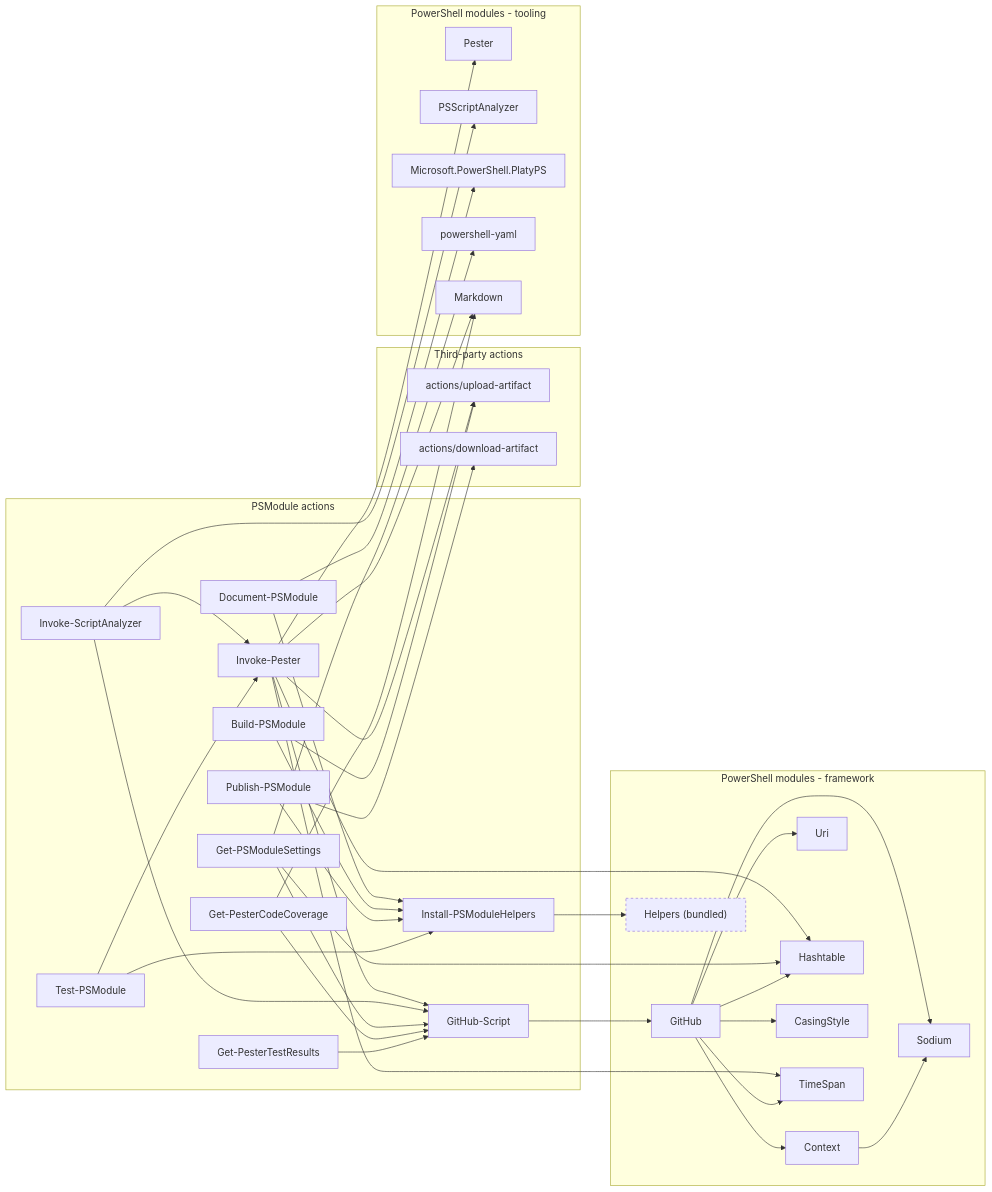
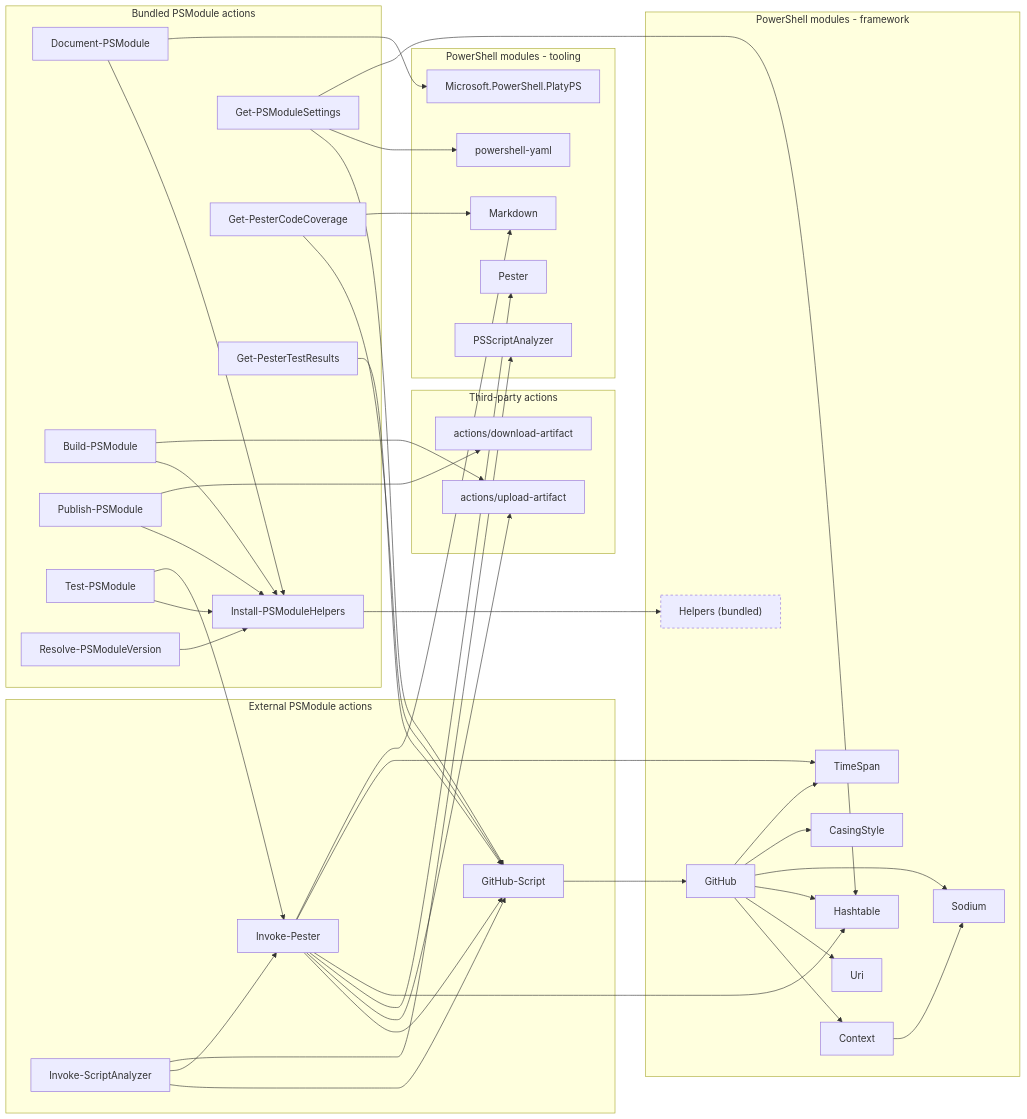
One commit to PSModule/Process-PSModule changed the second of 3 diagrams in DEPENDENCIES.md. Above: the diagram before and after it, drawn with Mermaid. The commit also changed other lines of this file, not shown here.

Commit message:
docs: describe bundled workflow actions

````diff
--- a/DEPENDENCIES.md
+++ b/DEPENDENCIES.md
@@ -142,58 +149,63 @@
 ```mermaid
 flowchart LR
-    subgraph PSA["PSModule actions"]
-        aGitHubScript["GitHub-Script"]
+    subgraph BPSA["Bundled PSModule actions"]
         aIH["Install-PSModuleHelpers"]
-        aIP["Invoke-Pester"]
-        aISA["Invoke-ScriptAnalyzer"]
         aDoc["Document-PSModule"]
         aSettings["Get-PSModuleSettings"]
         aCov["Get-PesterCodeCoverage"]
         aResults["Get-PesterTestResults"]
         aBuild["Build-PSModule"]
         aPub["Publish-PSModule"]
         aTest["Test-PSModule"]
+        aVersion["Resolve-PSModuleVersion"]
+    end
+
+    subgraph EPSA["External PSModule actions"]
+        aGitHubScript["GitHub-Script"]
+        aIP["Invoke-Pester"]
+        aISA["Invoke-ScriptAnalyzer"]
     end
 
     subgraph EXT["Third-party actions"]
         xUl["actions/upload-artifact"]
         xDl["actions/download-artifact"]
     end
 
     subgraph FRAME["PowerShell modules - framework"]
         mGitHub["GitHub"]
         mContext["Context"]
         mUri["Uri"]
         mHash["Hashtable"]
         mSodium["Sodium"]
         mCasing["CasingStyle"]
         mTimeSpan["TimeSpan"]
         mHelpers["Helpers (bundled)"]
     end
 
     subgraph TOOL["PowerShell modules - tooling"]
         mPester["Pester"]
         mPSSA["PSScriptAnalyzer"]
         mPlaty["Microsoft.PowerShell.PlatyPS"]
         mYaml["powershell-yaml"]
         mMarkdown["Markdown"]
     end
 
     aGitHubScript --> mGitHub
     aIH --> mHelpers
     aIP --> aGitHubScript & xUl & mPester & mHash & mTimeSpan & mMarkdown
     aISA --> aGitHubScript & aIP & mPSSA
     aDoc --> aIH & mPlaty
     aSettings --> aGitHubScript & mYaml & mHash
     aCov --> aGitHubScript & mMarkdown
     aResults --> aGitHubScript
     aBuild --> aIH & xUl
     aPub --> aIH & xDl
     aTest --> aIH & aIP
+    aVersion --> aIH
 
     mGitHub --> mContext & mUri & mHash & mSodium & mCasing & mTimeSpan
     mContext --> mSodium
 
     classDef bundled stroke-dasharray: 4 4;
     class mHelpers bundled;
 ```
````
